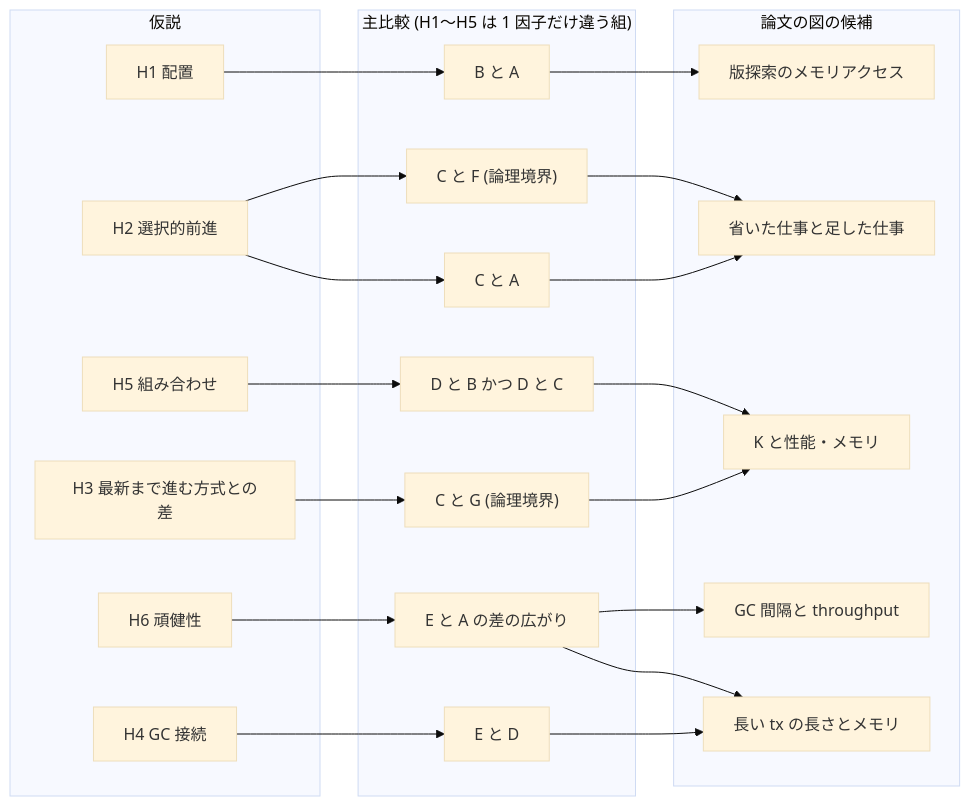
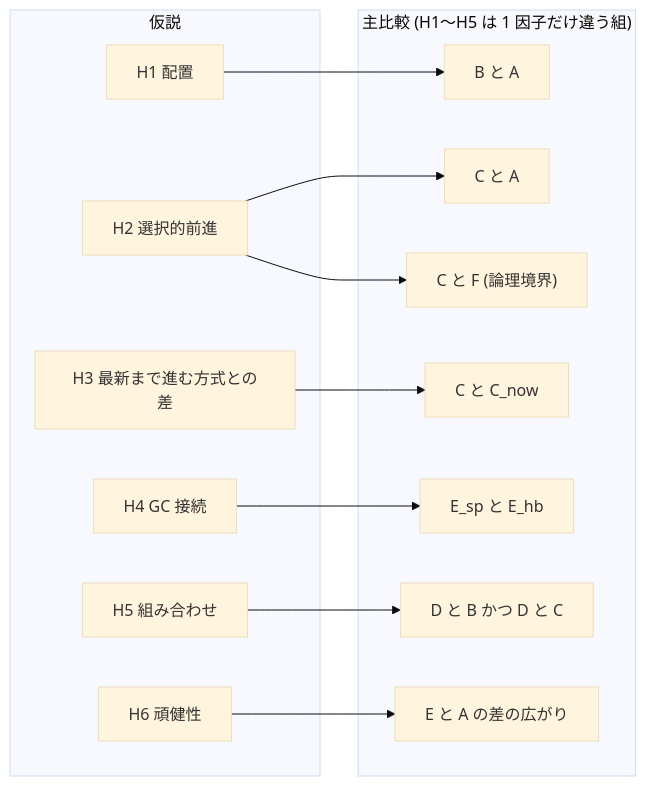
The first of 5 diagrams in docs/vhash-evaluation-preregistration-draft.md (thawk105/izanagi), drawn with Mermaid (base theme) before and after one commit. The commit also changed other lines of this file and 1 other file, not shown here.

````diff
--- a/docs/vhash-evaluation-preregistration-draft.md
+++ b/docs/vhash-evaluation-preregistration-draft.md
@@ -42,35 +54,27 @@
 ```mermaid
 flowchart LR
   subgraph H["仮説"]
     h1["H1 配置"]
     h2["H2 選択的前進"]
     h3["H3 最新まで進む方式との差"]
     h4["H4 GC 接続"]
     h5["H5 組み合わせ"]
     h6["H6 頑健性"]
   end
   subgraph C["主比較 (H1〜H5 は 1 因子だけ違う組)"]
     c1["B と A"]
     c2a["C と A"]
     c2b["C と F (論理境界)"]
-    c3["C と G (論理境界)"]
-    c4["E と D"]
+    c3["C と C_now"]
+    c4["E_sp と E_hb"]
     c5["D と B かつ D と C"]
     c6["E と A の差の広がり"]
   end
-  subgraph F["論文の図の候補"]
-    f1["版探索のメモリアクセス"]
-    f2["省いた仕事と足した仕事"]
-    f3["K と性能・メモリ"]
-    f4["GC 間隔と throughput"]
-    f5["長い tx の長さとメモリ"]
-  end
-  h1 --> c1 --> f1
-  h2 --> c2a --> f2
-  h2 --> c2b --> f2
-  h3 --> c3 --> f3
-  h4 --> c4 --> f5
-  h5 --> c5 --> f3
-  h6 --> c6 --> f4
-  c6 --> f5
+  h1 --> c1
+  h2 --> c2a
+  h2 --> c2b
+  h3 --> c3
+  h4 --> c4
+  h5 --> c5
+  h6 --> c6
 ```
````
